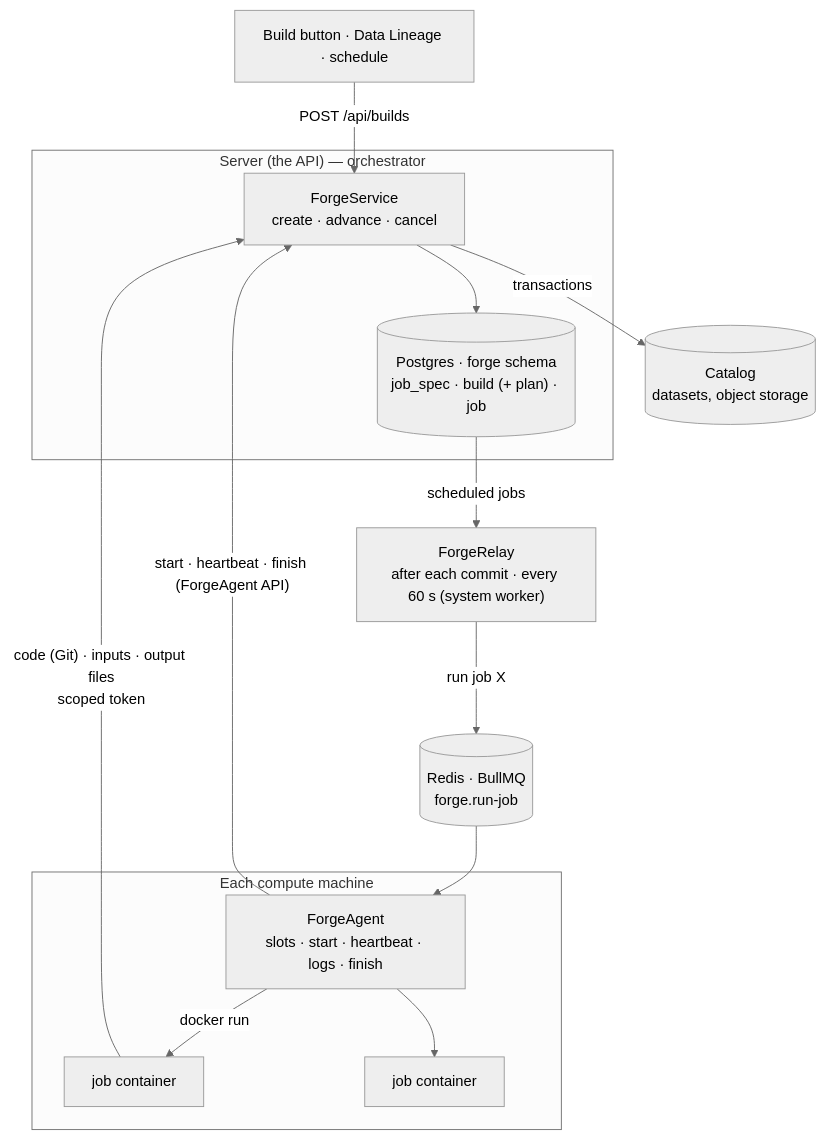
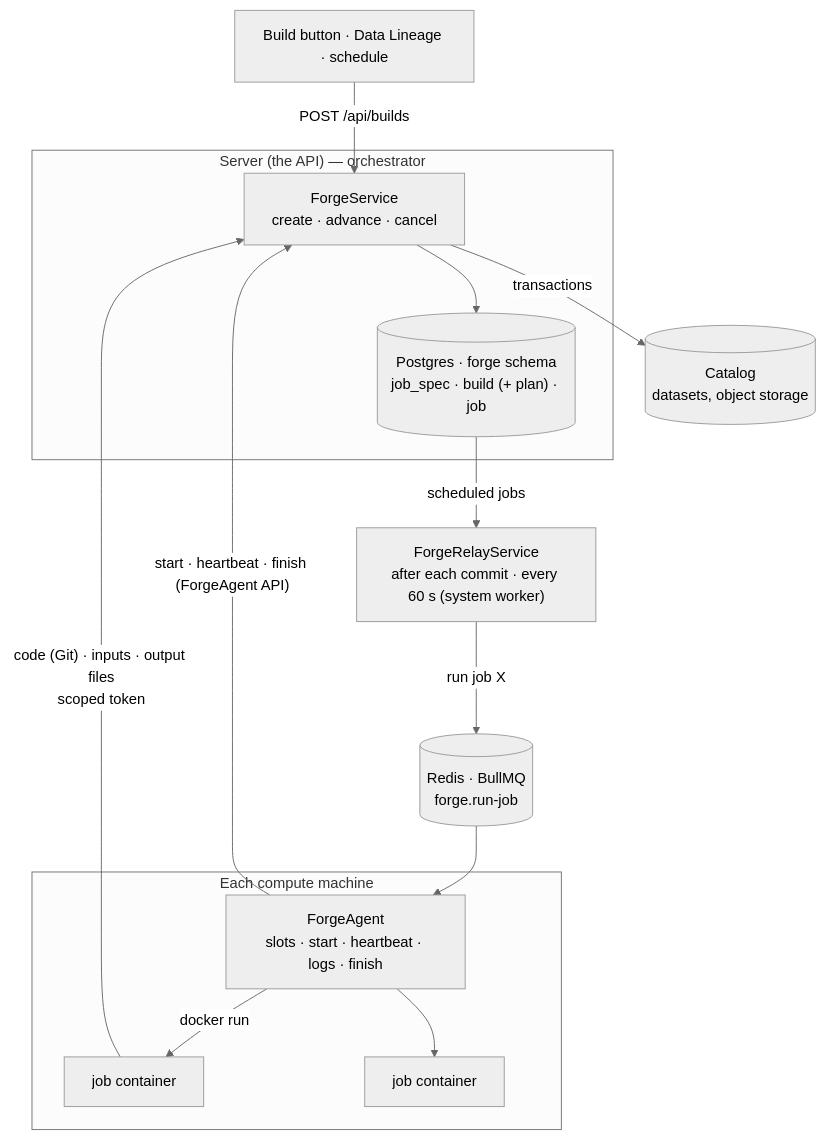
The first of 3 diagrams in docs/design/forge.md (RolandTeslaru/Quarry), drawn with Mermaid (neutral theme) before and after one commit. The commit also changed other lines of this file and 37 other files, not shown here.

````diff
--- a/docs/design/forge.md
+++ b/docs/design/forge.md
@@ -50,24 +50,24 @@
 ```mermaid
 flowchart TB
     trigger["Build button · Data Lineage · schedule"] -- "POST /api/builds" --> api
 
     subgraph server["Server (the API) — orchestrator"]
         api["ForgeService<br/>create · advance · cancel"]
         pg[("Postgres · forge schema<br/>job_spec · build (+ plan) · job")]
         api --> pg
     end
 
-    pg -- "scheduled jobs" --> relay["ForgeRelay<br/>after each commit · every 60 s (system worker)"]
+    pg -- "scheduled jobs" --> relay["ForgeRelayService<br/>after each commit · every 60 s (system worker)"]
     relay -- "run job X" --> redis[("Redis · BullMQ<br/>forge.run-job")]
     redis --> agent
 
     subgraph machine["Each compute machine"]
         agent["ForgeAgent<br/>slots · start · heartbeat · logs · finish"]
         agent -- "docker run" --> c1["job container"]
         agent --> c2["job container"]
     end
 
     agent -- "start · heartbeat · finish (ForgeAgent API)" --> api
     c1 -- "code (Git) · inputs · output files<br/>scoped token" --> api
     api -- "transactions" --> catalog[("Catalog<br/>datasets, object storage")]
 ```
````
